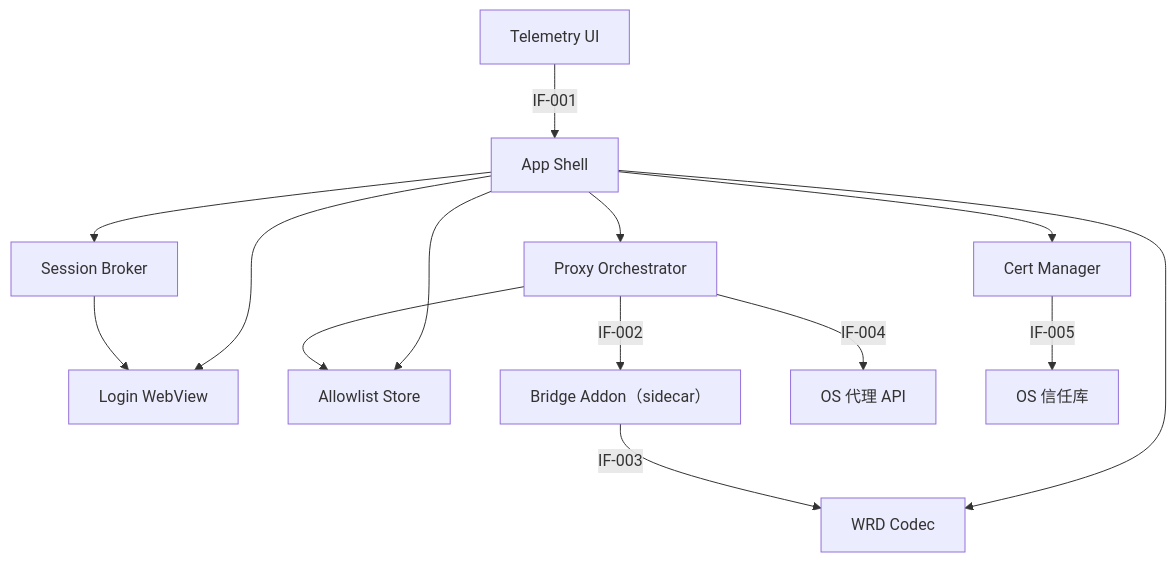
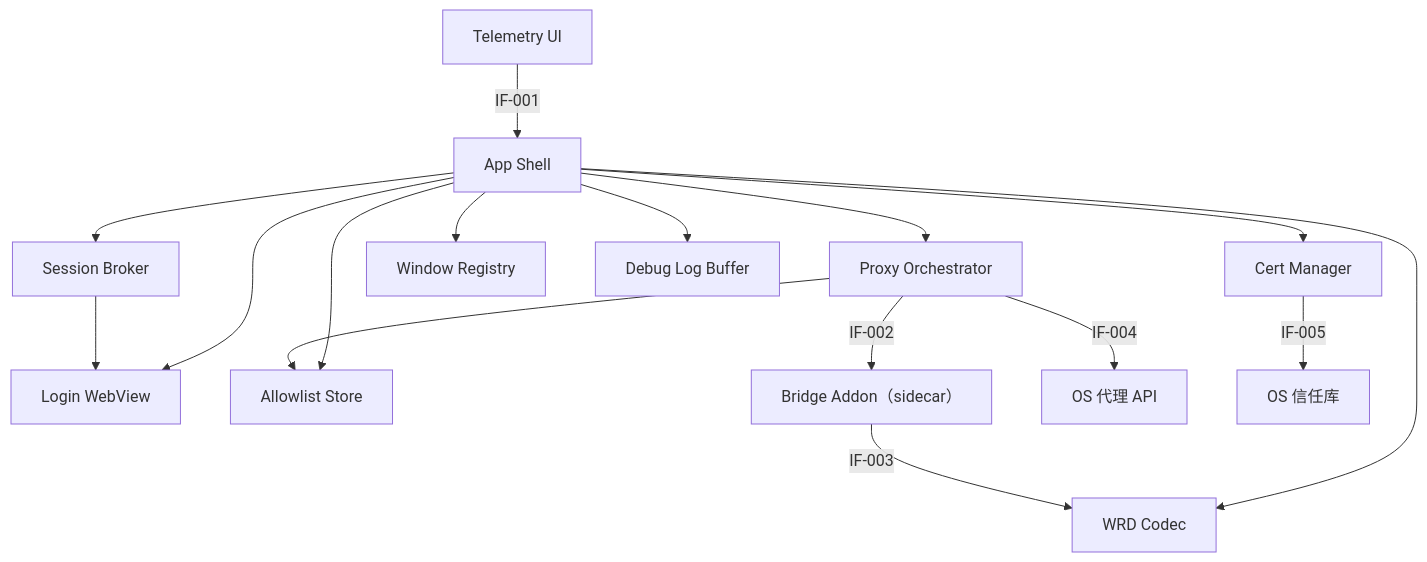
The diagram in docs/architecture/components.md (cherrchen/swufe-webvpn-codec), drawn with Mermaid before and after one commit. The commit also changed other lines of this file and 39 other files, not shown here.

````diff
--- a/docs/architecture/components.md
+++ b/docs/architecture/components.md
@@ -32,16 +34,18 @@
 ```mermaid
 flowchart TD
     Telemetry["Telemetry UI"] -->|"IF-001"| Shell["App Shell"]
     Shell --> LoginWV["Login WebView"]
     Shell --> SessionBroker["Session Broker"]
     Shell --> ProxyOrch["Proxy Orchestrator"]
     Shell --> CertMgr["Cert Manager"]
     Shell --> AllowStore["Allowlist Store"]
     Shell --> Codec["WRD Codec"]
+    Shell --> WinReg["Window Registry"]
+    Shell --> DebugBuf["Debug Log Buffer"]
     SessionBroker --> LoginWV
     ProxyOrch --> AllowStore
     ProxyOrch -->|"IF-002"| Addon["Bridge Addon（sidecar）"]
     ProxyOrch -->|"IF-004"| OSProxy["OS 代理 API"]
     CertMgr -->|"IF-005"| OSTrust["OS 信任库"]
     Addon -->|"IF-003"| Codec
 ```
````
